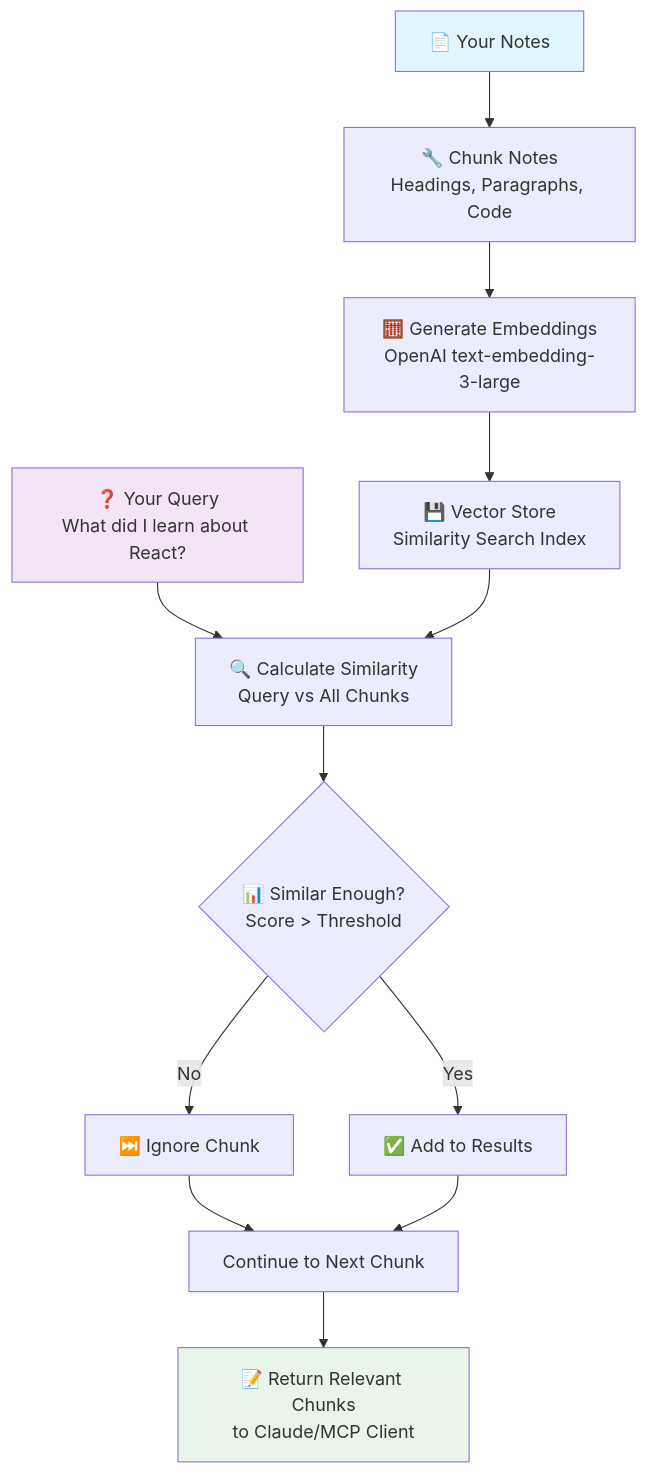
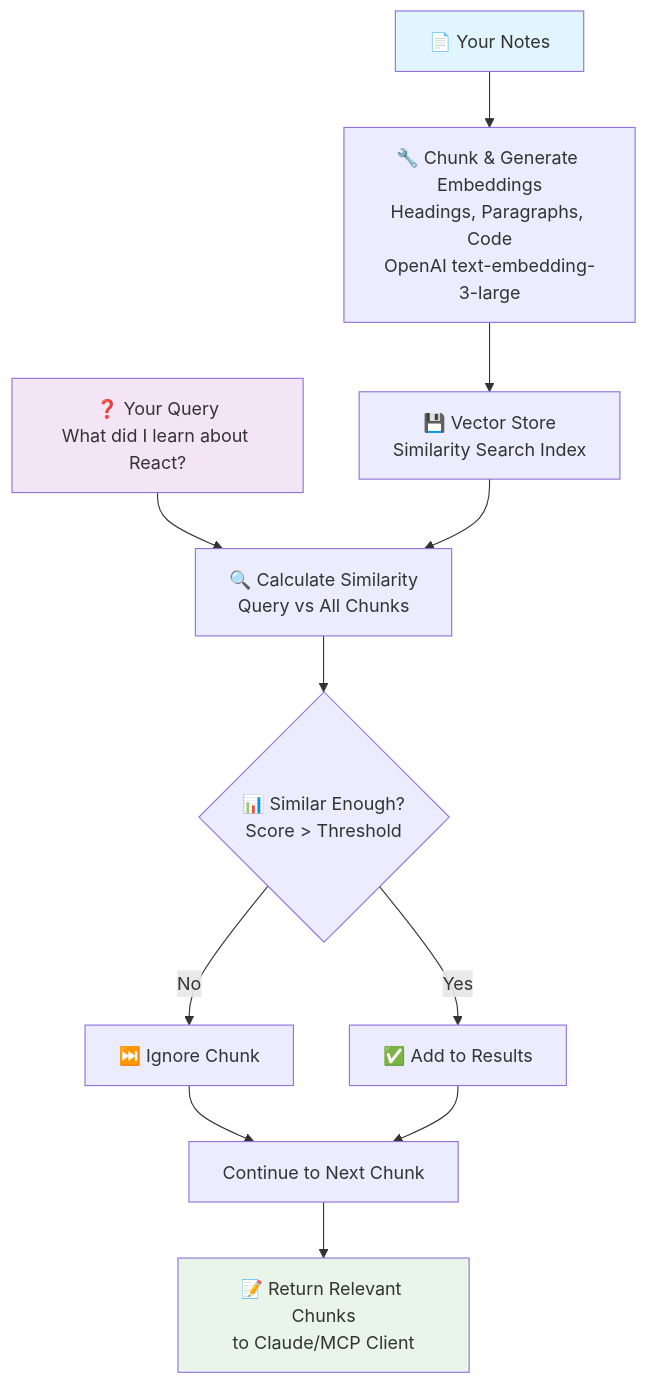
One commit to samleeney/brain changed the second of 2 diagrams in README.md. Above: the diagram before and after it, drawn with Mermaid. The commit also changed other lines of this file, not shown here.

Commit message:
Improve mermaid diagrams with simple overview and detailed workflow
- Add simple horizontal overview diagram at top
- Move detailed workflow to "How It Works" section
- Merge chunking and embeddings into single step
- Better visual hierarchy and user experience

🤖 Generated with [Claude Code](https://claude.ai/code)

````diff
--- a/README.md
+++ b/README.md
@@ -9,21 +23,20 @@
 ```mermaid
 flowchart TD
-    A[📄 Your Notes] --> B[🔧 Chunk Notes<br/>Headings, Paragraphs, Code]
-    B --> C[🧮 Generate Embeddings<br/>OpenAI text-embedding-3-large]
-    C --> D[💾 Vector Store<br/>Similarity Search Index]
+    A[📄 Your Notes] --> B[🔧 Chunk & Generate Embeddings<br/>Headings, Paragraphs, Code<br/>OpenAI text-embedding-3-large]
+    B --> C[💾 Vector Store<br/>Similarity Search Index]
     
-    E[❓ Your Query<br/>What did I learn about React?] --> F[🔍 Calculate Similarity<br/>Query vs All Chunks]
-    D --> F
+    D[❓ Your Query<br/>What did I learn about React?] --> E[🔍 Calculate Similarity<br/>Query vs All Chunks]
+    C --> E
     
-    F --> G{📊 Similar Enough?<br/>Score > Threshold}
-    G -->|No| H[⏭️ Ignore Chunk]
-    G -->|Yes| I[✅ Add to Results]
+    E --> F{📊 Similar Enough?<br/>Score > Threshold}
+    F -->|No| G[⏭️ Ignore Chunk]
+    F -->|Yes| H[✅ Add to Results]
     
-    H --> J[Continue to Next Chunk]
-    I --> J
-    J --> K[📝 Return Relevant Chunks<br/>to Claude/MCP Client]
+    G --> I[Continue to Next Chunk]
+    H --> I
+    I --> J[📝 Return Relevant Chunks<br/>to Claude/MCP Client]
     
     style A fill:#e1f5fe
-    style E fill:#f3e5f5
-    style K fill:#e8f5e8
+    style D fill:#f3e5f5
+    style J fill:#e8f5e8
 ```
````
